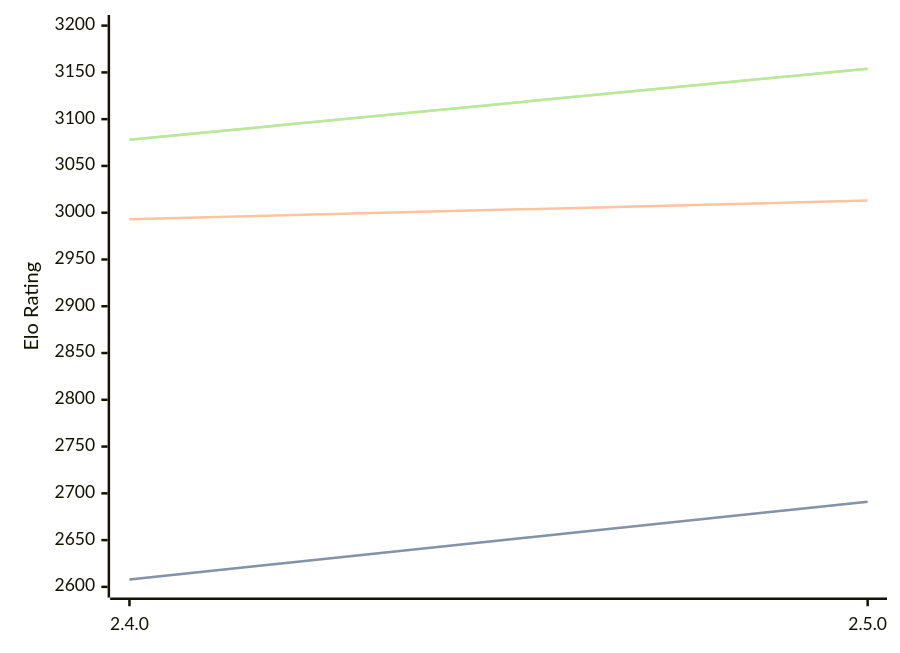
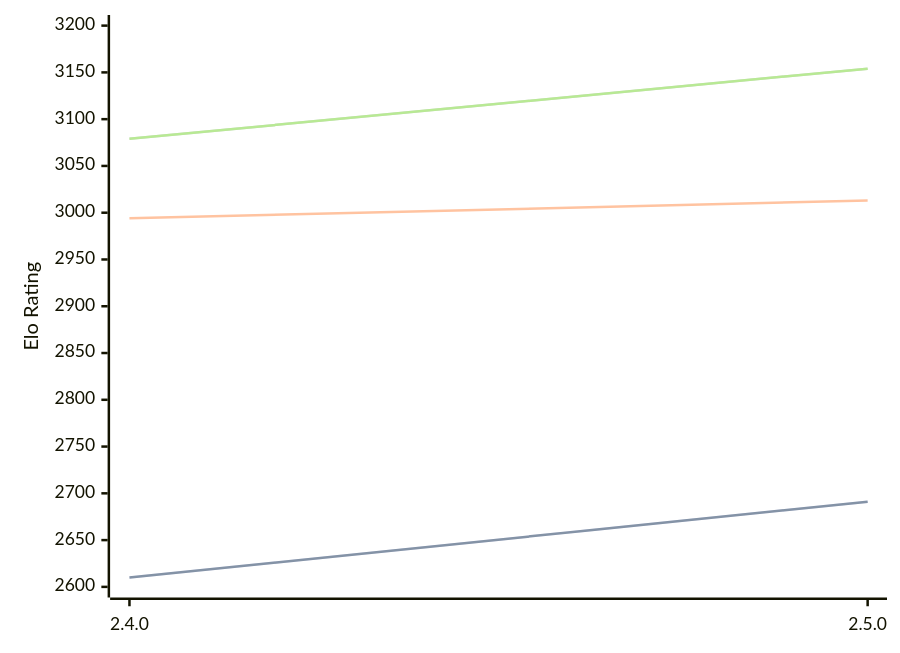
One commit to computer-chess-index/cci changed the third of 3 diagrams in engines/Sturddle2.md. Above: the diagram before and after it, drawn with Mermaid. The commit also changed other lines of this file, not shown here.

Commit message:
Update CCI Ratings (ELO VLTC) - 2026-06-30

````diff
--- a/engines/Sturddle2.md
+++ b/engines/Sturddle2.md
@@ -70,11 +70,11 @@
 ```mermaid
 %%{init: {"theme":"base","themeVariables":{"seriesColors:['#a3a3a3','#222221','#faa371']}}}%%
 xychart-beta
   x-axis ["2.4.0", "2.5.0"]
   y-axis "Elo Rating" 2600 --> 3200
-  line "STC (8.0+0.08s)" [2608, 2691]
-  line "STC (8.0+0.08s)" [2608, 2691]
-  line "LTC (60.0+0.60s)" [2993, 3013]
-  line "VLTC (2m24s+1.12s)" [3078, 3154]
-  line "VLTC (2m24s+1.12s)" [3078, 3154]
+  line "STC (8.0+0.08s)" [2610, 2691]
+  line "STC (8.0+0.08s)" [2610, 2691]
+  line "LTC (60.0+0.60s)" [2994, 3013]
+  line "VLTC (2m24s+1.12s)" [3079, 3154]
+  line "VLTC (2m24s+1.12s)" [3079, 3154]
 ```
````
